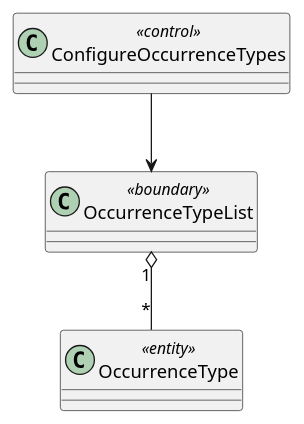
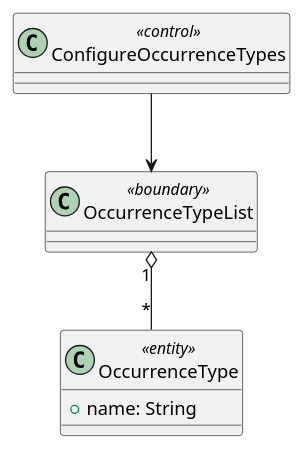
Before and after one commit to bmb0136/COMP-3700-Project: the second of 2 diagrams in Use Cases/ConfigureOccurrenceTypes.iuml, drawn with PlantUML. The commit also changed 1 other file, not shown here.

Commit message:
wip component diagram

```diff
--- a/Use Cases/ConfigureOccurrenceTypes.iuml
+++ b/Use Cases/ConfigureOccurrenceTypes.iuml
@@ -28,7 +28,9 @@
 @startuml Configure Occurrence Types Object Model
 class ConfigureOccurrenceTypes <<control>> {}
 class OccurrenceTypeList <<boundary>> {}
 ConfigureOccurrenceTypes --> OccurrenceTypeList
-class OccurrenceType <<entity>> {}
+class OccurrenceType <<entity>> {
+  + name: String
+}
 OccurrenceTypeList "1" o-- "*" OccurrenceType
 @enduml
```
